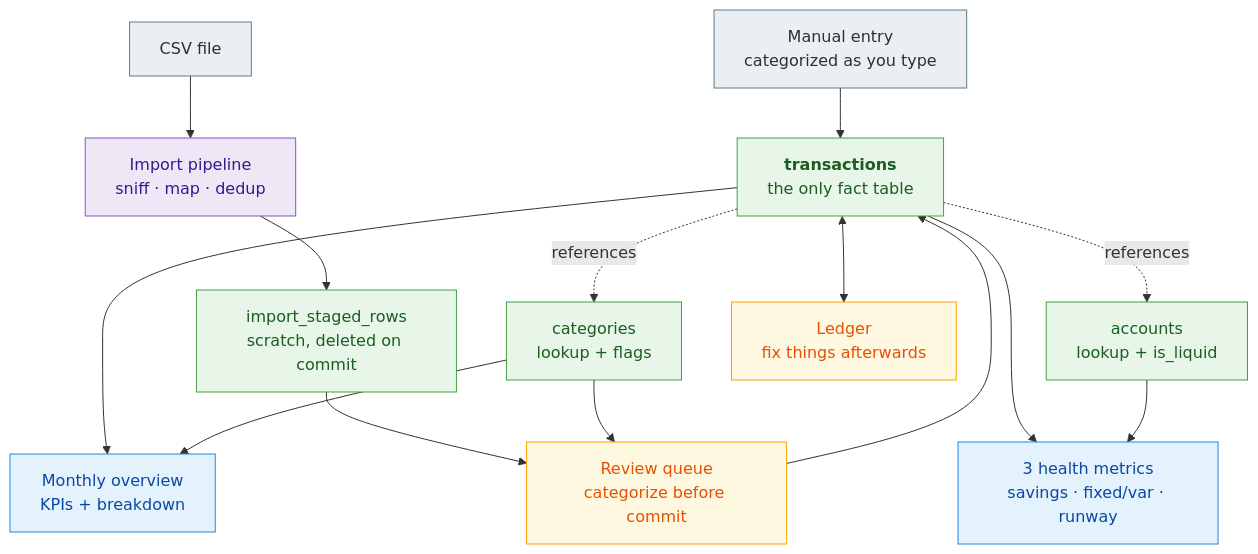
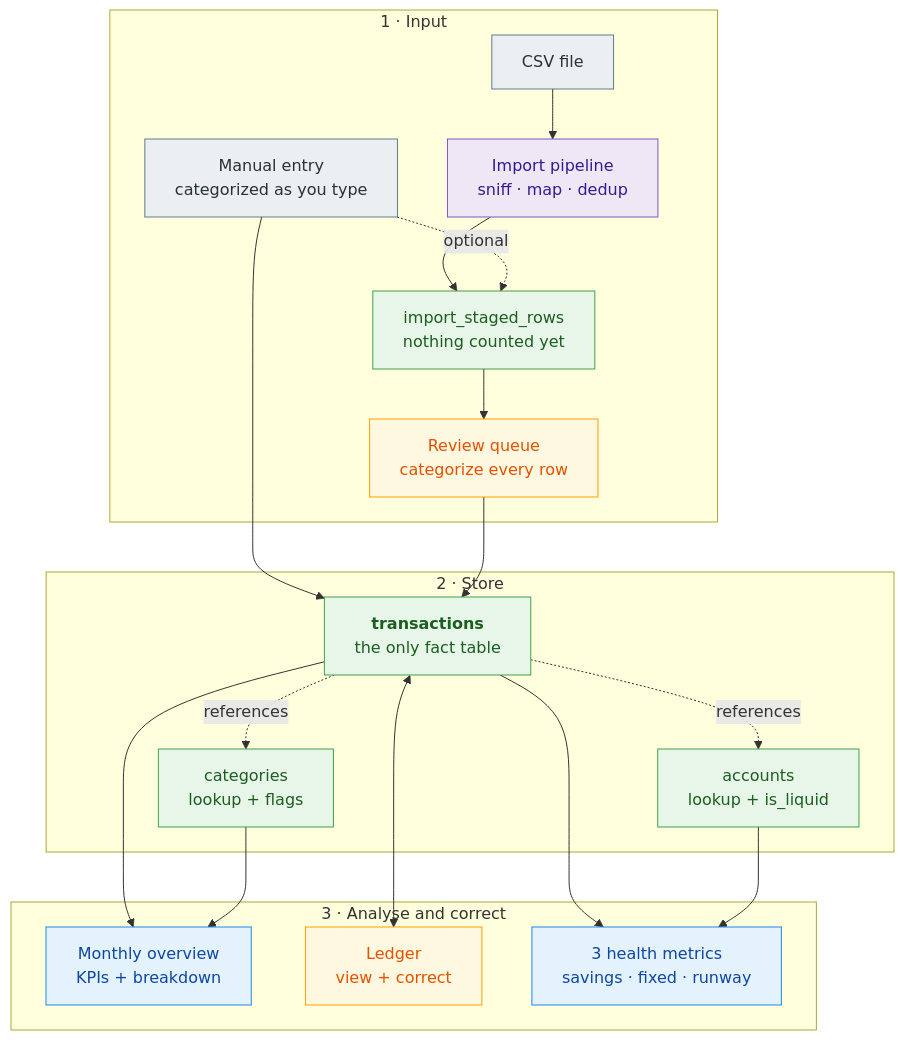
Before and after one commit to stolle42/financialCopilot: the first of 2 diagrams in ARCHITECTURE.md, drawn with Mermaid. The commit also changed other lines of this file and 5 other files, not shown here.

Commit message:
make import review optional and fix arcitectrue diagram

````diff
--- a/ARCHITECTURE.md
+++ b/ARCHITECTURE.md
@@ -11,29 +13,44 @@
 ```mermaid
 flowchart TD
-    M["Manual entry<br/>categorized as you type"] --> T
-    C["CSV file"] --> P["Import pipeline<br/>sniff · map · dedup"]
-    P --> S["import_staged_rows<br/>scratch, deleted on commit"]
-    S --> R["Review queue<br/>categorize before commit"]
+    subgraph STAGE1 ["1 · Input"]
+        M["Manual entry<br/>categorized as you type"]
+        C["CSV file"] --> P["Import pipeline<br/>sniff · map · dedup"]
+        P --> S["import_staged_rows<br/>nothing counted yet"]
+        S --> R["Review queue<br/>categorize every row"]
+    end
+
+    subgraph STAGE2 ["2 · Store"]
+        CAT["categories<br/>lookup + flags"]
+        T["<b>transactions</b><br/>the only fact table"]
+        ACC["accounts<br/>lookup + is_liquid"]
+    end
+
+    subgraph STAGE3 ["3 · Analyse and correct"]
+        MO["Monthly overview<br/>KPIs + breakdown"]
+        L["Ledger<br/>view + correct"]
+        HM["3 health metrics<br/>savings · fixed · runway"]
+    end
+
+    M --> T
+    M -. optional .-> S
     R --> T
-    T["<b>transactions</b><br/>the only fact table"]
-    T -.references.-> CAT["categories<br/>lookup + flags"]
-    T -.references.-> ACC["accounts<br/>lookup + is_liquid"]
-    T <--> L["Ledger<br/>fix things afterwards"]
-    T --> MO["Monthly overview<br/>KPIs + breakdown"]
-    T --> HM["3 health metrics<br/>savings · fixed/var · runway"]
+    T -. references .-> CAT
+    T -. references .-> ACC
+    T <--> L
+    T --> MO
+    T --> HM
     CAT --> MO
-    CAT --> R
     ACC --> HM
 
     classDef input fill:#eceff1,stroke:#607d8b,stroke-width:1px,color:#263238
     classDef process fill:#ede7f6,stroke:#7e57c2,stroke-width:1px,color:#311b92
     classDef table fill:#e8f5e9,stroke:#43a047,stroke-width:1px,color:#1b5e20
     classDef writeview fill:#fff8e1,stroke:#ffa000,stroke-width:1px,color:#e65100
     classDef readview fill:#e3f2fd,stroke:#1e88e5,stroke-width:1px,color:#0d47a1
 
     class M,C input
     class P process
-    class T,CAT,ACC,S table
-    class L,R writeview
+    class S,T,CAT,ACC table
+    class R,L writeview
     class MO,HM readview
 ```
````
